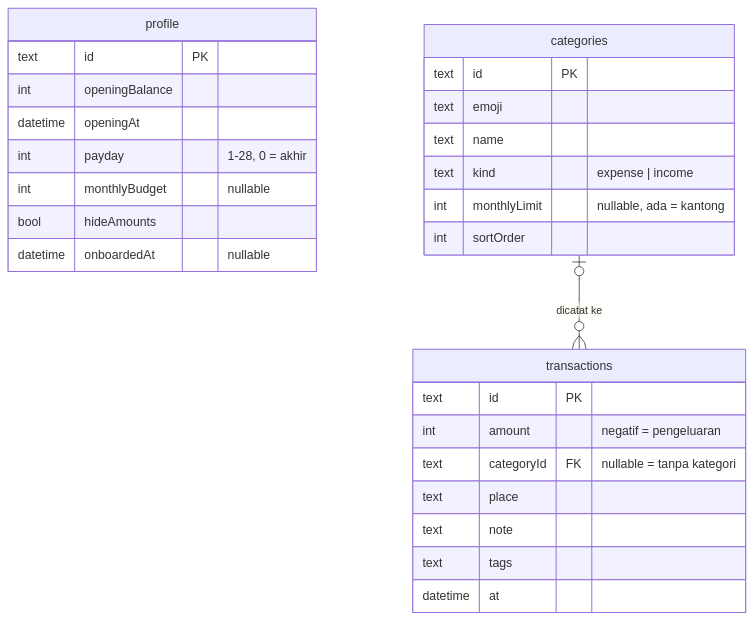
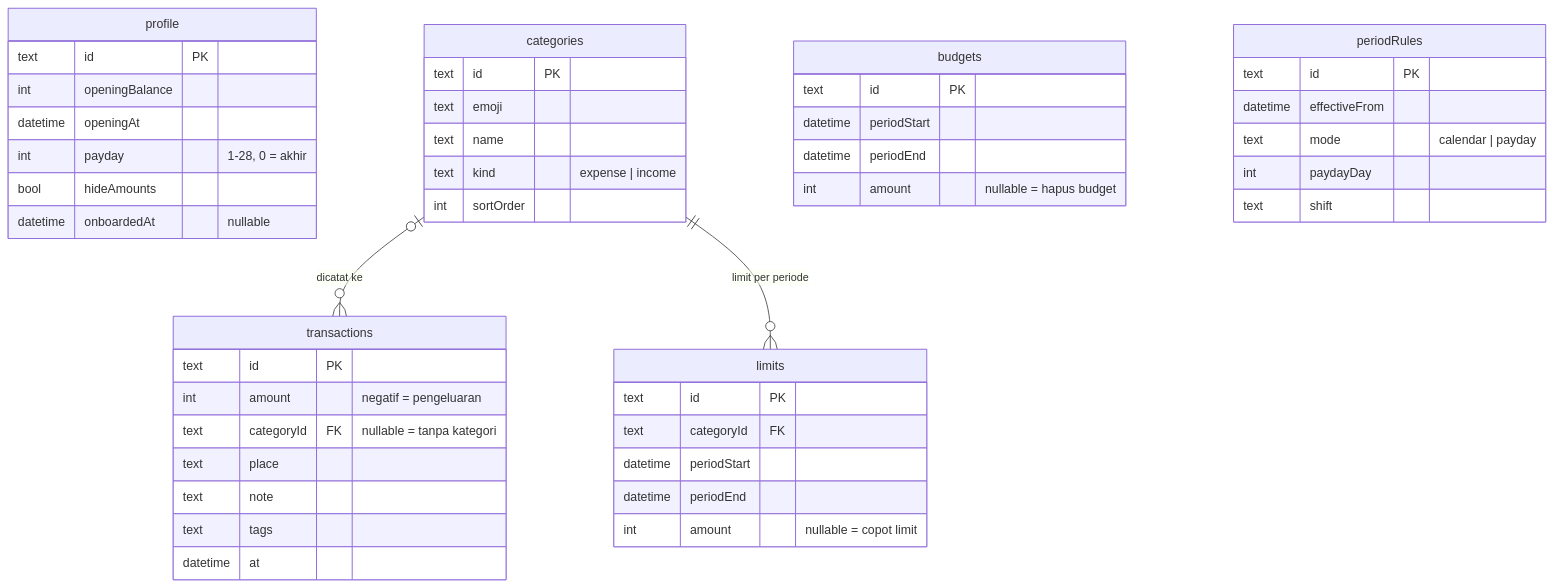
The diagram in docs/MVP_PLAN.md (choiruladamm/mibu), drawn with Mermaid before and after one commit. The commit also changed other lines of this file and 22 other files, not shown here.

First line of the commit message:
feat(data): budget and limits stored per period (fase 0)

````diff
--- a/docs/MVP_PLAN.md
+++ b/docs/MVP_PLAN.md
@@ -36,30 +36,49 @@
 ```mermaid
 erDiagram
     profile {
         text id PK
         int openingBalance
         datetime openingAt
         int payday "1-28, 0 = akhir"
-        int monthlyBudget "nullable"
         bool hideAmounts
         datetime onboardedAt "nullable"
     }
     categories {
         text id PK
         text emoji
         text name
         text kind "expense | income"
-        int monthlyLimit "nullable, ada = kantong"
         int sortOrder
     }
     transactions {
         text id PK
         int amount "negatif = pengeluaran"
         text categoryId FK "nullable = tanpa kategori"
         text place
         text note
         text tags
         datetime at
     }
+    budgets {
+        text id PK
+        datetime periodStart
+        datetime periodEnd
+        int amount "nullable = hapus budget"
+    }
+    limits {
+        text id PK
+        text categoryId FK
+        datetime periodStart
+        datetime periodEnd
+        int amount "nullable = copot limit"
+    }
+    periodRules {
+        text id PK
+        datetime effectiveFrom
+        text mode "calendar | payday"
+        int paydayDay
+        text shift
+    }
     categories |o--o{ transactions : "dicatat ke"
+    categories ||--o{ limits : "limit per periode"
 ```
````
